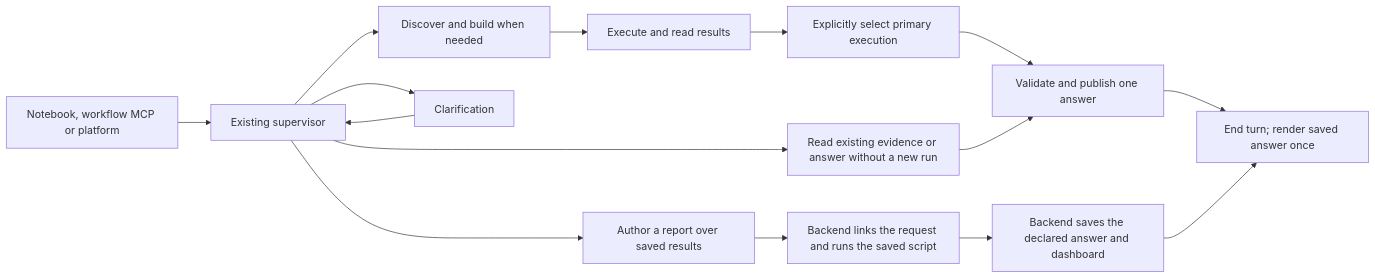
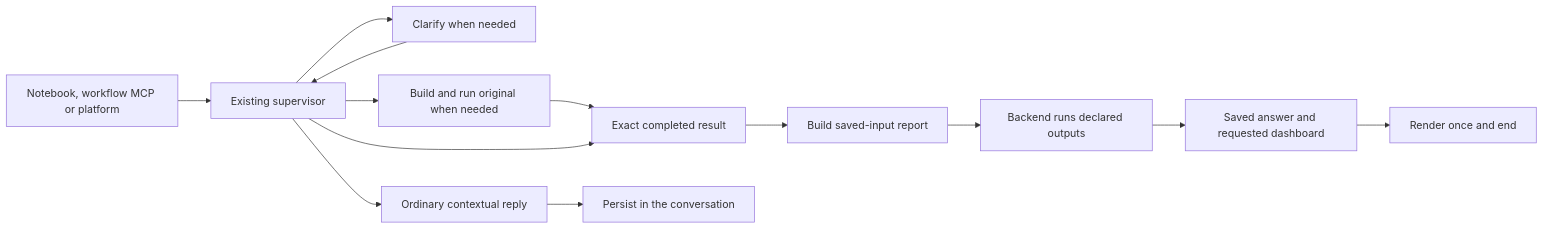
Before and after one commit to EPOCHDevs/EpochSDK: the diagram in docs/research-flow.md, drawn with Mermaid. The commit also changed other lines of this file and 3 other files, not shown here.

````diff
--- a/docs/research-flow.md
+++ b/docs/research-flow.md
@@ -18,17 +25,15 @@
 ```mermaid
 flowchart LR
     Caller[Notebook, workflow MCP or platform] --> Research[Existing supervisor]
-    Research --> Build[Discover and build when needed]
-    Build --> Execute[Execute and read results]
-    Execute --> Select[Explicitly select primary execution]
-    Research --> Explain[Read existing evidence or answer without a new run]
-    Select --> Publish[Validate and publish one answer]
-    Explain --> Publish
-    Publish --> End[End turn; render saved answer once]
-    Research --> Questions[Clarification]
+    Research --> Questions[Clarify when needed]
     Questions --> Research
-    Research --> Extension[Author a report over saved results]
-    Extension --> Native[Backend links the request and runs the saved script]
-    Native --> NativeSave[Backend saves the declared answer and dashboard]
-    NativeSave --> End
+    Research --> Original[Build and run original when needed]
+    Original --> Result[Exact completed result]
+    Research --> Result
+    Result --> Report[Build saved-input report]
+    Report --> Native[Backend runs declared outputs]
+    Native --> Saved[Saved answer and requested dashboard]
+    Saved --> End[Render once and end]
+    Research --> Reply[Ordinary contextual reply]
+    Reply --> Conversation[Persist in the conversation]
 ```
````
